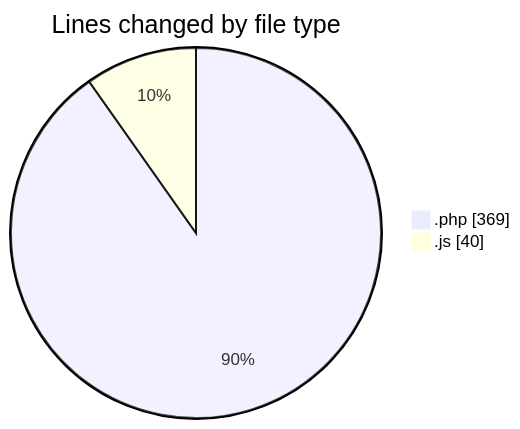
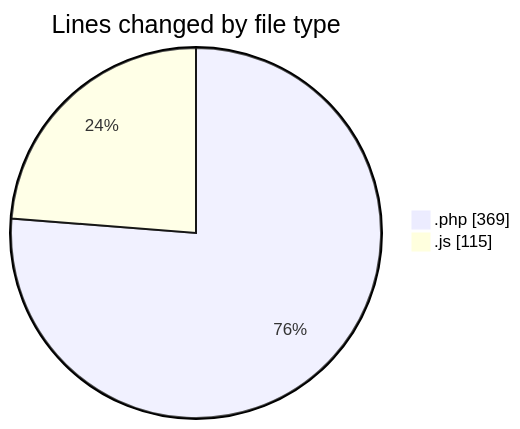
The first of 2 diagrams in 2025-03-26/kml/README.md (LanceThiago/code-tracking), drawn with Mermaid before and after one commit. The commit also changed other lines of this file and 1 other file, not shown here.

````diff
--- a/2025-03-26/kml/README.md
+++ b/2025-03-26/kml/README.md
@@ -23,6 +23,6 @@
 ```mermaid
 pie showData
 title Lines changed by file type
 ".php" : 369
-".js" : 40
+".js" : 115
 ```
````
